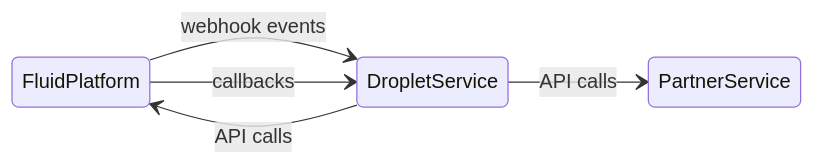
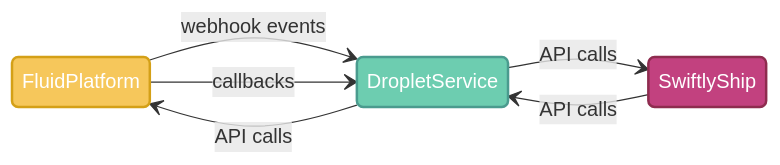
The diagram in docs/droplet-service/what-is-a-droplet-service.md (fluid-commerce/droplet-template), drawn with Mermaid before and after one commit. The commit also changed other lines of this file, not shown here.

Commit message:
update droplet service page

````diff
--- a/docs/droplet-service/what-is-a-droplet-service.md
+++ b/docs/droplet-service/what-is-a-droplet-service.md
@@ -12,9 +20,20 @@
 ```mermaid
 stateDiagram-v2
     direction LR
 
     FluidPlatform --> DropletService : webhook events
     FluidPlatform --> DropletService : callbacks
     DropletService --> FluidPlatform : API calls
-    DropletService --> PartnerService : API calls
+    DropletService --> SwiftlyShip : API calls
+    SwiftlyShip --> DropletService : API calls
+
+    %% Define color classes
+    classDef fluidStyle fill:#F6C75B,stroke:#D4A017,stroke-width:2px,color:#FFF
+    classDef dropletStyle fill:#6DCDB0,stroke:#4A9B8E,stroke-width:2px,color:#FFF
+    classDef swiftlyStyle fill:#C2417F,stroke:#8E2C4F,stroke-width:2px,color:#FFF
+
+    %% Apply styles to entities
+    class FluidPlatform fluidStyle
+    class DropletService dropletStyle
+    class SwiftlyShip swiftlyStyle
 ```
````
